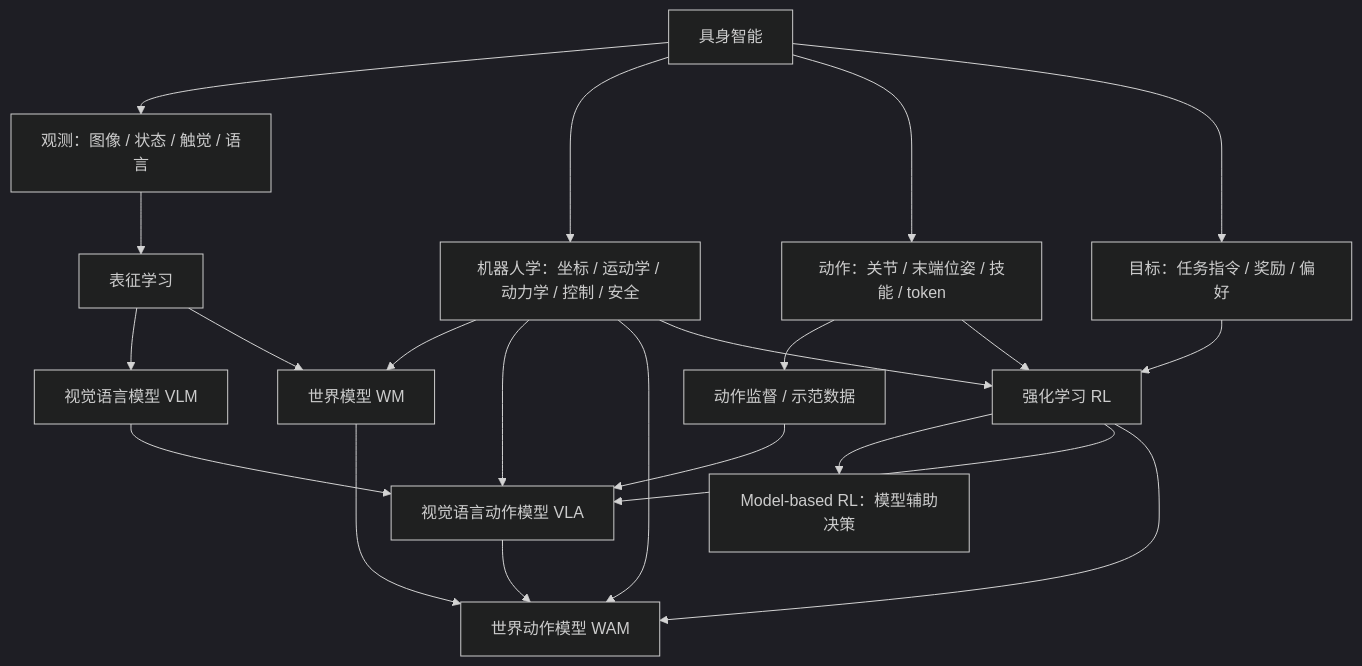
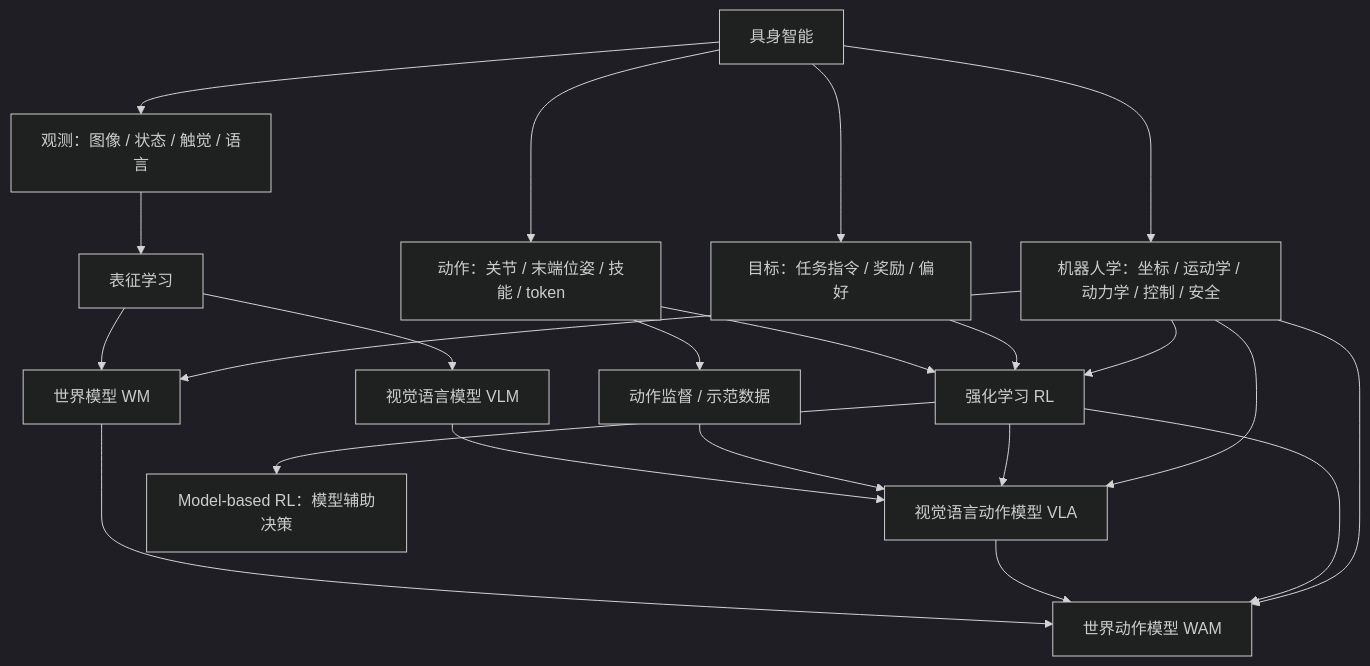
Before and after one commit to Faraday-2024/Embodied-AI-Start: the second of 8 diagrams in docs/knowledge-map.md, drawn with Mermaid (dark theme). The commit also changed other lines of this file, not shown here.

````diff
--- a/docs/knowledge-map.md
+++ b/docs/knowledge-map.md
@@ -27,28 +27,28 @@
 ```mermaid
 flowchart TD
     ROOT["具身智能"] --> OBS["观测：图像 / 状态 / 触觉 / 语言"]
     ROOT --> ROB["机器人学：坐标 / 运动学 / 动力学 / 控制 / 安全"]
     ROOT --> ACT["动作：关节 / 末端位姿 / 技能 / token"]
     ROOT --> OBJ["目标：任务指令 / 奖励 / 偏好"]
 
     OBS --> REP["表征学习"]
     REP --> VLM["视觉语言模型 VLM"]
     REP --> WM["世界模型 WM"]
 
     VLM --> VLA["视觉语言动作模型 VLA"]
     WM --> WAM["世界动作模型 WAM"]
     VLA --> WAM
 
+    ACT --> RL["强化学习 RL"]
     ACT --> SUP["动作监督 / 示范数据"]
-    ACT --> RL["强化学习 RL"]
     OBJ --> RL
     RL --> MBRL["Model-based RL：模型辅助决策"]
 
     SUP --> VLA
     RL --> VLA
     RL --> WAM
     ROB --> WM
     ROB --> VLA
     ROB --> WAM
     ROB --> RL
 ```
````
